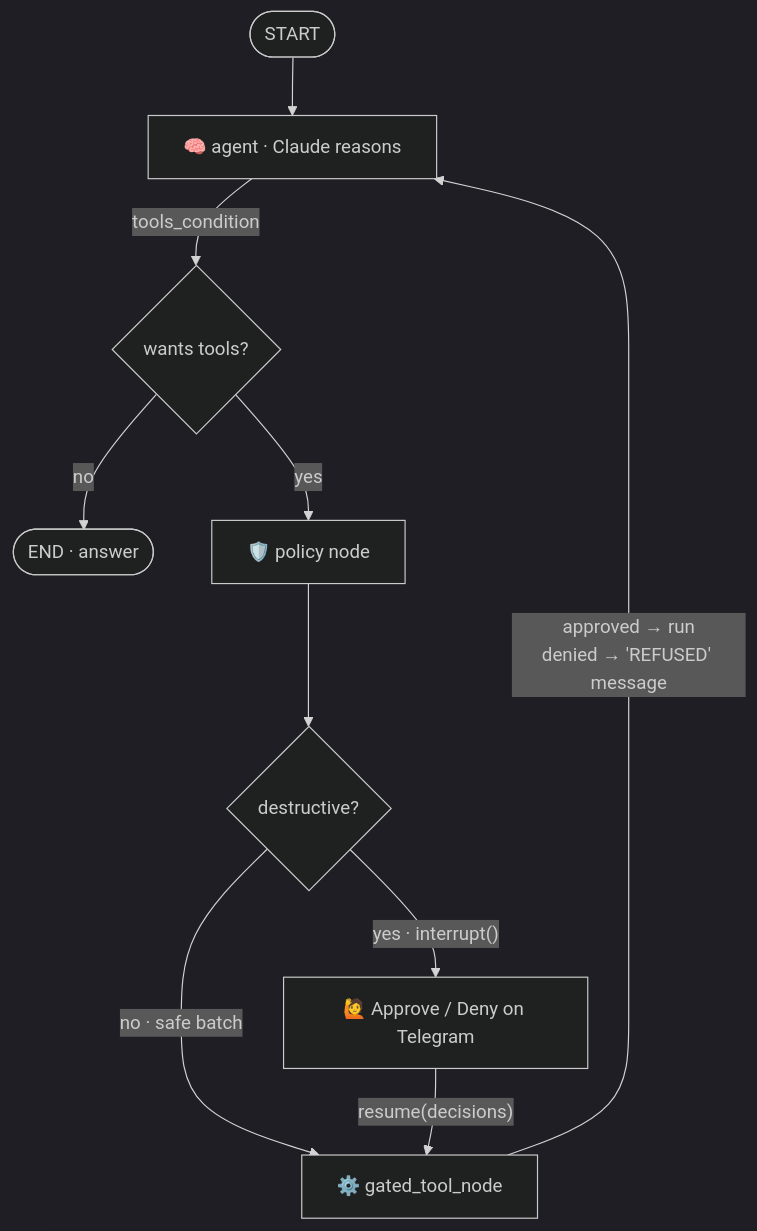
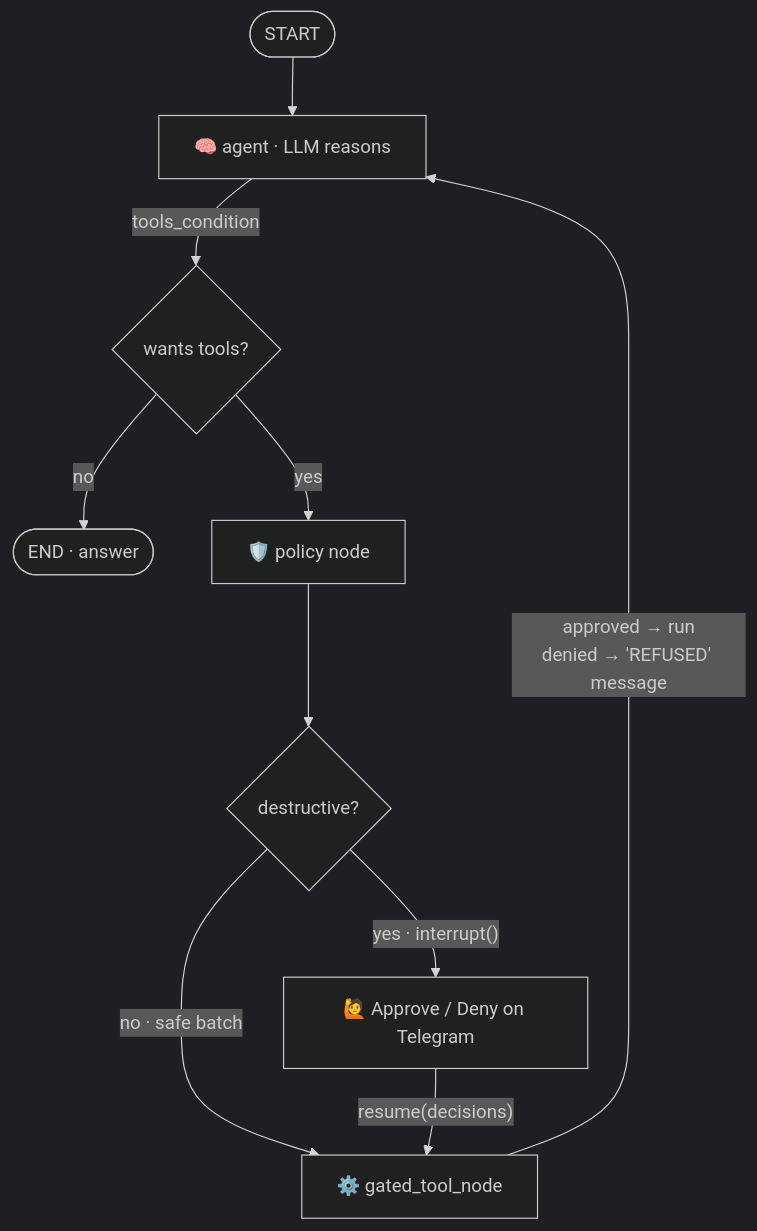
Before and after one commit to naveen6gowda/Portfolio: the third of 3 diagrams in ai/Agent_AI/README.md, drawn with Mermaid (dark theme). The commit also changed other lines of this file and 8 other files, not shown here.

````diff
--- a/ai/Agent_AI/README.md
+++ b/ai/Agent_AI/README.md
@@ -116,12 +120,12 @@
 ```mermaid
 flowchart TD
-    S([START]) --> A["🧠 agent · Claude reasons"]
+    S([START]) --> A["🧠 agent · LLM reasons"]
     A -->|tools_condition| Q{wants tools?}
     Q -->|no| E([END · answer])
     Q -->|yes| P["🛡️ policy node"]
     P --> D{destructive?}
     D -->|"no · safe batch"| G["⚙️ gated_tool_node"]
     D -->|"yes · interrupt()"| H["🙋 Approve / Deny on Telegram"]
     H -->|"resume(decisions)"| G
     G -->|"approved → run<br/>denied → 'REFUSED' message"| A
 ```
````
